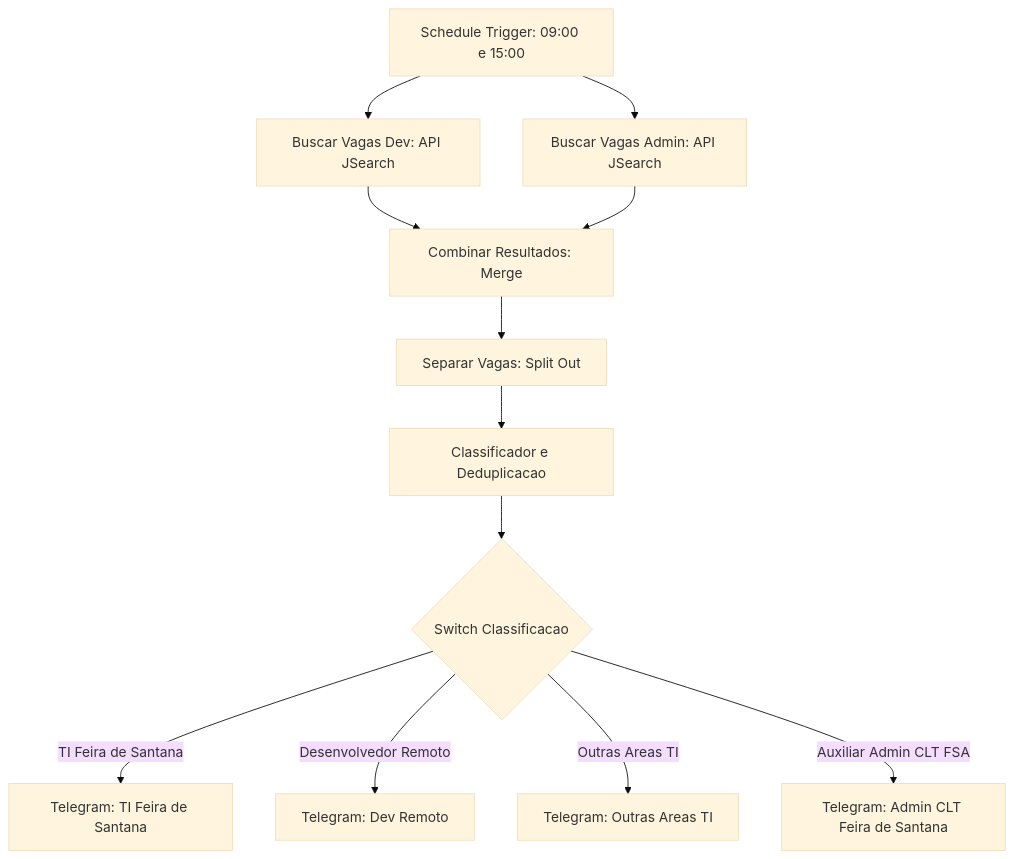
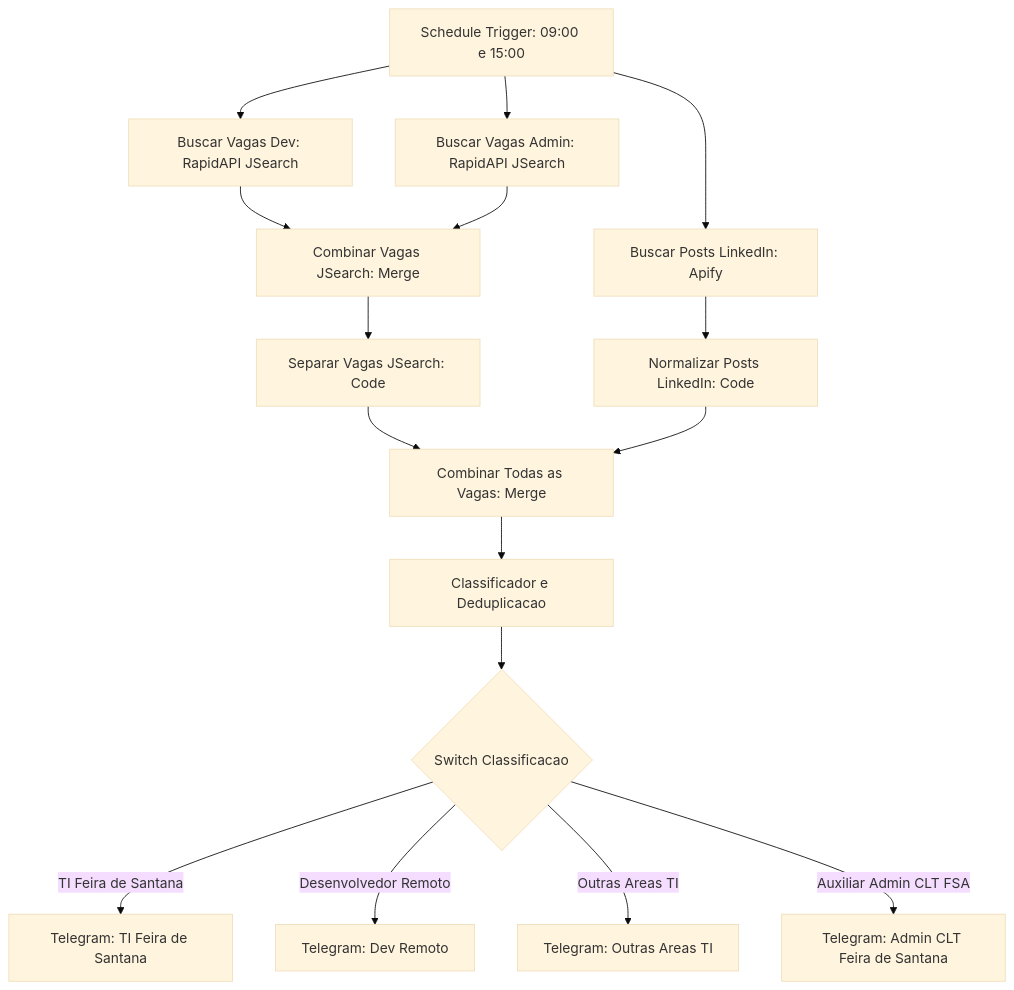
Before and after one commit to Jntgirardi/monitor-de-vagas-n8n: the diagram in README.md, drawn with Mermaid (base theme). The commit also changed other lines of this file and 1 other file, not shown here.

Commit message:
refactor: renomeia arquivo para monitor_de_vagas.json e atualiza documentacao

````diff
--- a/README.md
+++ b/README.md
@@ -7,17 +7,23 @@
 ```mermaid
 flowchart TD
-    Schedule["Schedule Trigger: 09:00 e 15:00"] --> FetchDev["Buscar Vagas Dev: API JSearch"]
-    Schedule --> FetchAdmin["Buscar Vagas Admin: API JSearch"]
+    Schedule["Schedule Trigger: 09:00 e 15:00"] --> FetchDev["Buscar Vagas Dev: RapidAPI JSearch"]
+    Schedule --> FetchAdmin["Buscar Vagas Admin: RapidAPI JSearch"]
+    Schedule --> FetchLI["Buscar Posts LinkedIn: Apify"]
     
-    FetchDev --> Merge["Combinar Resultados: Merge"]
-    FetchAdmin --> Merge
+    FetchDev --> MergeJS["Combinar Vagas JSearch: Merge"]
+    FetchAdmin --> MergeJS
     
-    Merge --> Split["Separar Vagas: Split Out"]
-    Split --> Classifier["Classificador e Deduplicacao"]
+    MergeJS --> SplitJS["Separar Vagas JSearch: Code"]
+    FetchLI --> NormLI["Normalizar Posts LinkedIn: Code"]
+    
+    SplitJS --> MergeAll["Combinar Todas as Vagas: Merge"]
+    NormLI --> MergeAll
+    
+    MergeAll --> Classifier["Classificador e Deduplicacao"]
     Classifier --> Switch{"Switch Classificacao"}
     
     Switch -->|TI Feira de Santana| TG1["Telegram: TI Feira de Santana"]
     Switch -->|Desenvolvedor Remoto| TG2["Telegram: Dev Remoto"]
     Switch -->|Outras Areas TI| TG3["Telegram: Outras Areas TI"]
     Switch -->|Auxiliar Admin CLT FSA| TG4["Telegram: Admin CLT Feira de Santana"]
 ```
````
